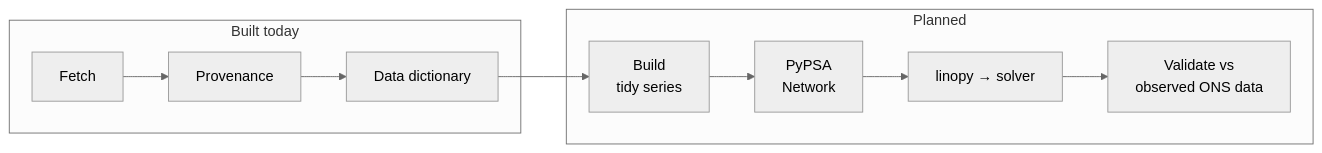
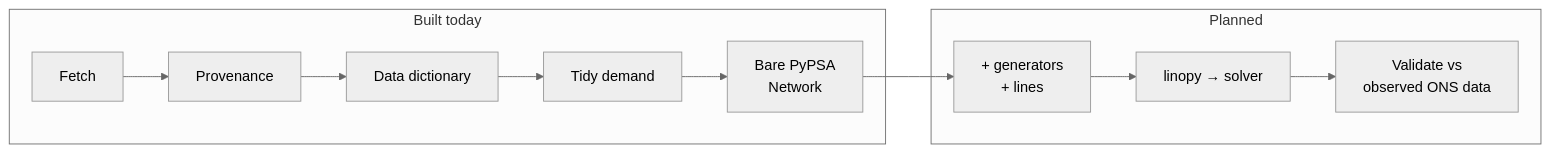
One commit to leonardovbonatto/pypsa-meets-brazil changed the second of 12 diagrams in docs/STACK.md. Above: the diagram before and after it, drawn with Mermaid (neutral theme). The commit also changed other lines of this file and 7 other files, not shown here.

````diff
--- a/docs/STACK.md
+++ b/docs/STACK.md
@@ -66,13 +74,14 @@
 ```mermaid
 flowchart LR
     subgraph BUILT["Built today"]
         A["Fetch"] --> B["Provenance"]
         B --> C["Data dictionary"]
+        C --> D["Tidy demand"]
+        D --> E["Bare PyPSA<br/>Network"]
     end
     subgraph PLANNED["Planned"]
-        D["Build<br/>tidy series"] --> E["PyPSA<br/>Network"]
-        E --> F["linopy → solver"]
-        F --> G["Validate vs<br/>observed ONS data"]
+        F["+ generators<br/>+ lines"] --> G["linopy → solver"]
+        G --> H["Validate vs<br/>observed ONS data"]
     end
-    C --> D
+    E --> F
 ```
````
